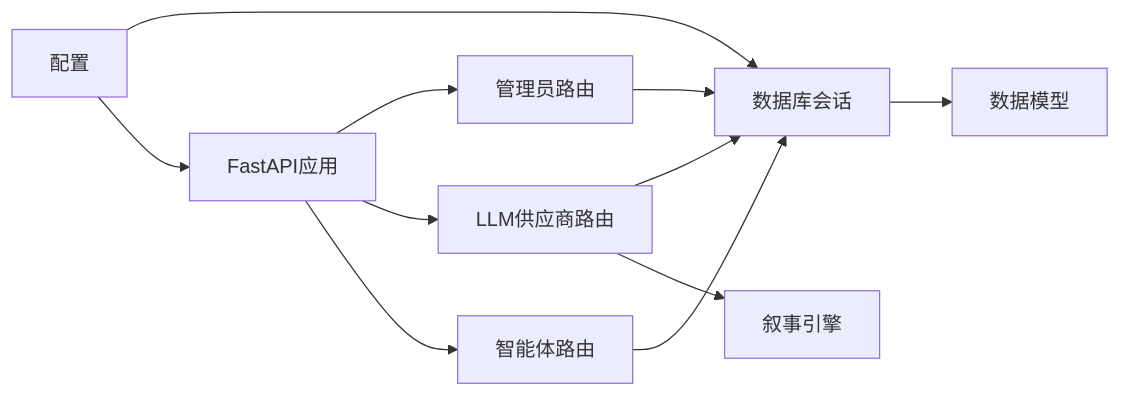
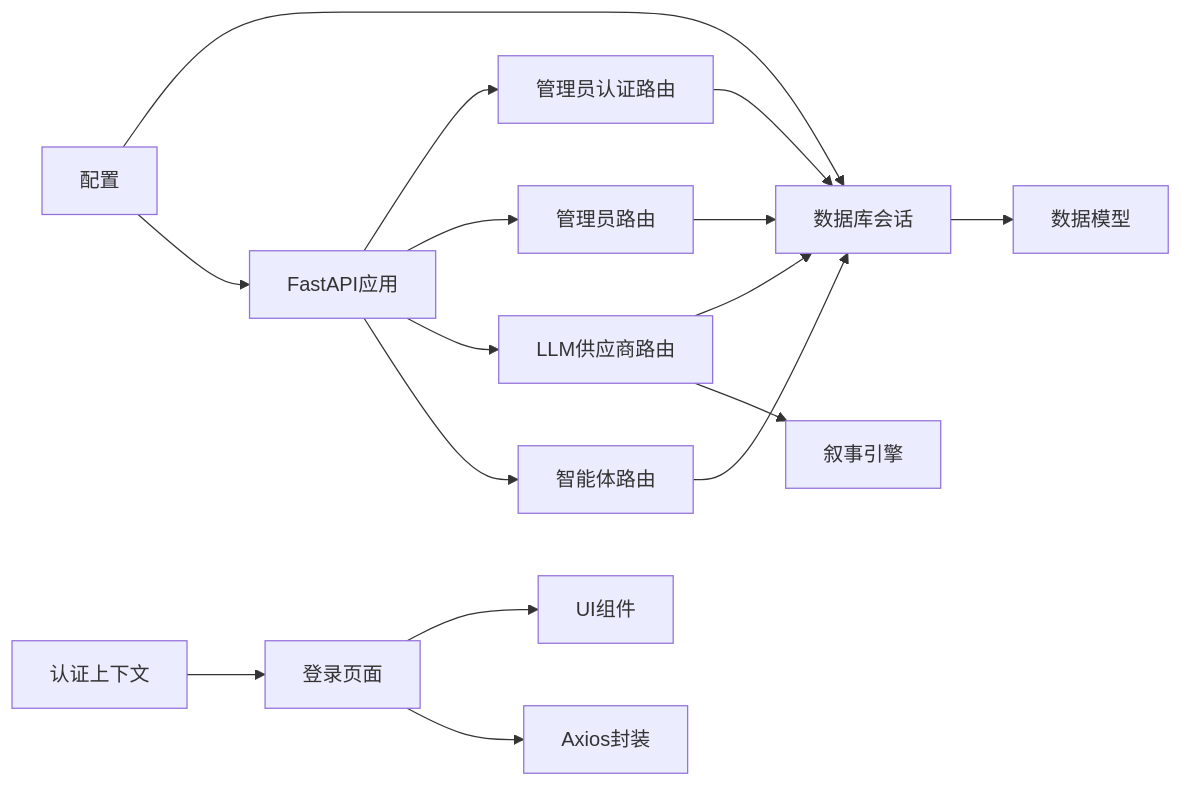
Before and after one commit to KunLabAI/KunFlix: the ninth of 9 diagrams in .qoder/repowiki/zh/content/API接口文档/管理员API.md, drawn with Mermaid. The commit also changed other lines of this file and 25 other files, not shown here.

First line of the commit message:
feat(admin-auth): 新增管理员认证模块及登录界面优化

````diff
--- a/.qoder/repowiki/zh/content/API接口文档/管理员API.md
+++ b/.qoder/repowiki/zh/content/API接口文档/管理员API.md
@@ -374,13 +503,18 @@
 ```mermaid
 graph LR
-AdminRouter["管理员路由"] --> DB["数据库会话"]
+AdminAuthRouter["管理员认证路由"] --> DB["数据库会话"]
+AdminRouter["管理员路由"] --> DB
 LLMRouter["LLM供应商路由"] --> DB
 LLMRouter --> Engine["叙事引擎"]
 AgentRouter["智能体路由"] --> DB
 DB --> Models["数据模型"]
 Config["配置"] --> DB
 Config --> App["FastAPI应用"]
+App --> AdminAuthRouter
 App --> AdminRouter
 App --> LLMRouter
 App --> AgentRouter
+AuthContext["认证上下文"] --> LoginPage["登录页面"]
+LoginPage --> UIComponents["UI组件"]
+LoginPage --> Axios["Axios封装"]
 ```
````
